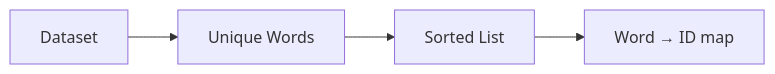
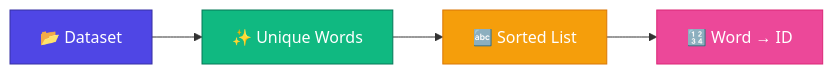
Before and after one commit to bhNibir/build-own-llm: the diagram in content/docs/part-01-tokenizer/04-vocabulary.mdx, drawn with Mermaid. The commit also changed 33 other files, not shown here.

First line of the commit message:
Align Bangla lessons with playgrounds, animations, and diagrams

````diff
--- a/content/docs/part-01-tokenizer/04-vocabulary.mdx
+++ b/content/docs/part-01-tokenizer/04-vocabulary.mdx
@@ -18,6 +18,10 @@
 ```mermaid
 flowchart LR
-    dataset[Dataset] --> unique[Unique Words]
-    unique --> sorted[Sorted List]
-    sorted --> mapping["Word → ID map"]
+    dataset["📂 Dataset"]:::d --> unique["✨ Unique Words"]:::u
+    unique --> sorted["🔤 Sorted List"]:::s
+    sorted --> mapping["🔢 Word → ID"]:::m
+    classDef d fill:#4F46E5,color:#fff,stroke:#3730A3
+    classDef u fill:#10B981,color:#fff,stroke:#047857
+    classDef s fill:#F59E0B,color:#fff,stroke:#D97706
+    classDef m fill:#EC4899,color:#fff,stroke:#DB2777
 ```
````
